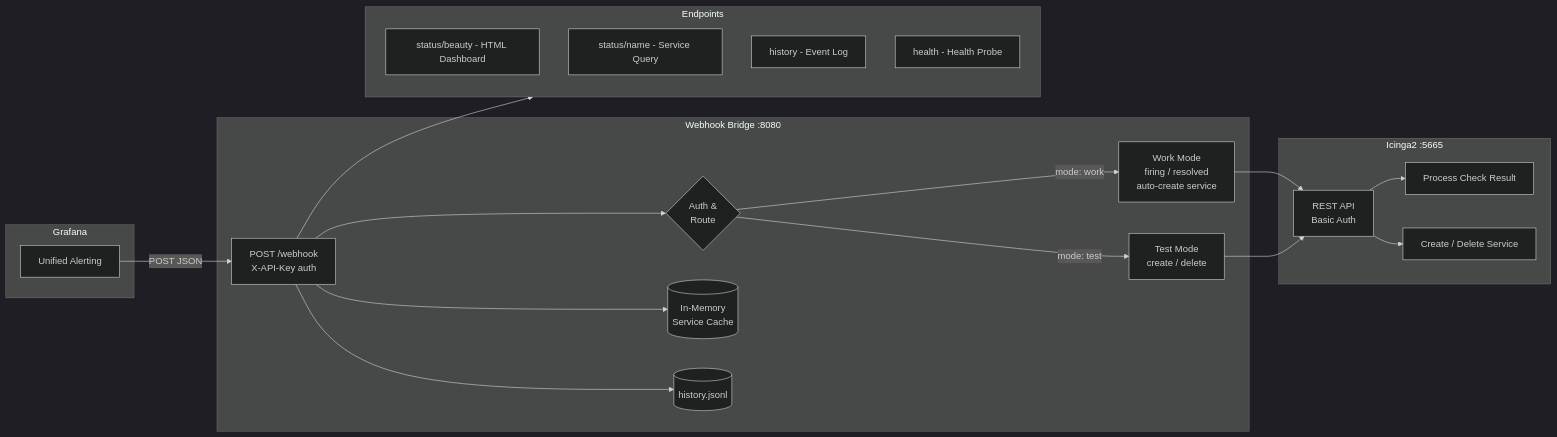
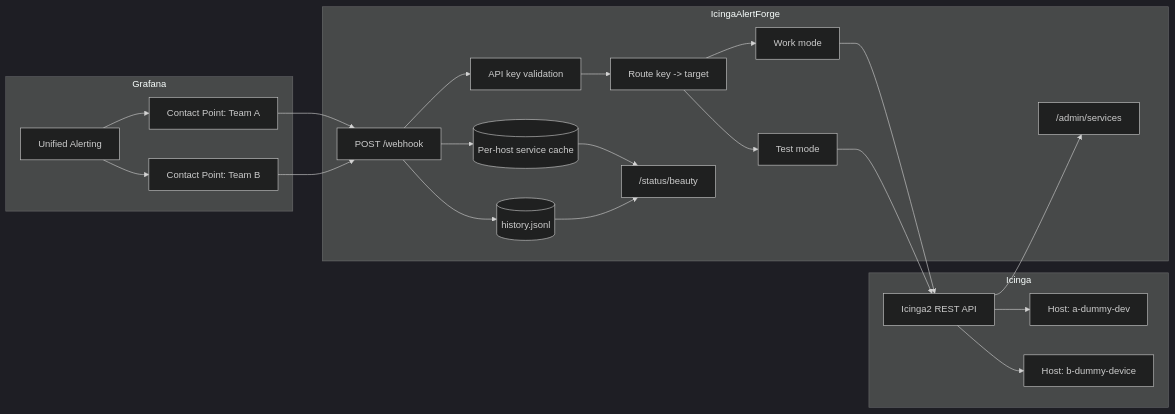
Before and after one commit to dzaczek/IcingaAlertingForge: the first of 2 diagrams in README.md, drawn with Mermaid (dark theme). The commit also changed other lines of this file and 37 other files, not shown here.

Commit message:
Add multi-target routing and document test environment

````diff
--- a/README.md
+++ b/README.md
@@ -51,34 +74,41 @@
 ```mermaid
 flowchart LR
     subgraph Grafana
-        GA["Unified Alerting"]
+        A["Unified Alerting"]
+        B["Contact Point: Team A"]
+        C["Contact Point: Team B"]
     end
 
-    subgraph WB["Webhook Bridge :8080"]
-        WH["POST /webhook\nX-API-Key auth"]
-        WH --> AUTH{"Auth &\nRoute"}
-        AUTH -->|"mode: work"| WORK["Work Mode\nfiring / resolved\nauto-create service"]
-        AUTH -->|"mode: test"| TEST["Test Mode\ncreate / delete"]
-        WH --> CACHE[("In-Memory\nService Cache")]
-        WH --> HIST[("history.jsonl")]
+    subgraph Bridge["IcingaAlertForge"]
+        WH["POST /webhook"]
+        AUTH["API key validation"]
+        ROUTE["Route key -> target"]
+        WORK["Work mode"]
+        TEST["Test mode"]
+        CACHE[("Per-host service cache")]
+        HIST[("history.jsonl")]
+        PANEL["/status/beauty"]
+        ADMIN["/admin/services"]
     end
 
-    subgraph IC["Icinga2 :5665"]
-        IC2["REST API\nBasic Auth"]
-        IC2 --> PCR["Process Check Result"]
-        IC2 --> CRUD["Create / Delete Service"]
+    subgraph Icinga
+        API["Icinga2 REST API"]
+        HOSTA["Host: a-dummy-dev"]
+        HOSTB["Host: b-dummy-device"]
     end
 
-    GA -- "POST JSON" --> WH
-    WORK --> IC2
-    TEST --> IC2
-
-    subgraph Endpoints
-        E1["status/beauty - HTML Dashboard"]
-        E2["status/name - Service Query"]
-        E3["history - Event Log"]
-        E4["health - Health Probe"]
-    end
-
-    WH --> Endpoints
+    A --> B --> WH
+    A --> C --> WH
+    WH --> AUTH --> ROUTE
+    ROUTE --> WORK
+    ROUTE --> TEST
+    WORK --> API
+    TEST --> API
+    API --> HOSTA
+    API --> HOSTB
+    WH --> CACHE
+    WH --> HIST
+    CACHE --> PANEL
+    HIST --> PANEL
+    API --> ADMIN
 ```
````
